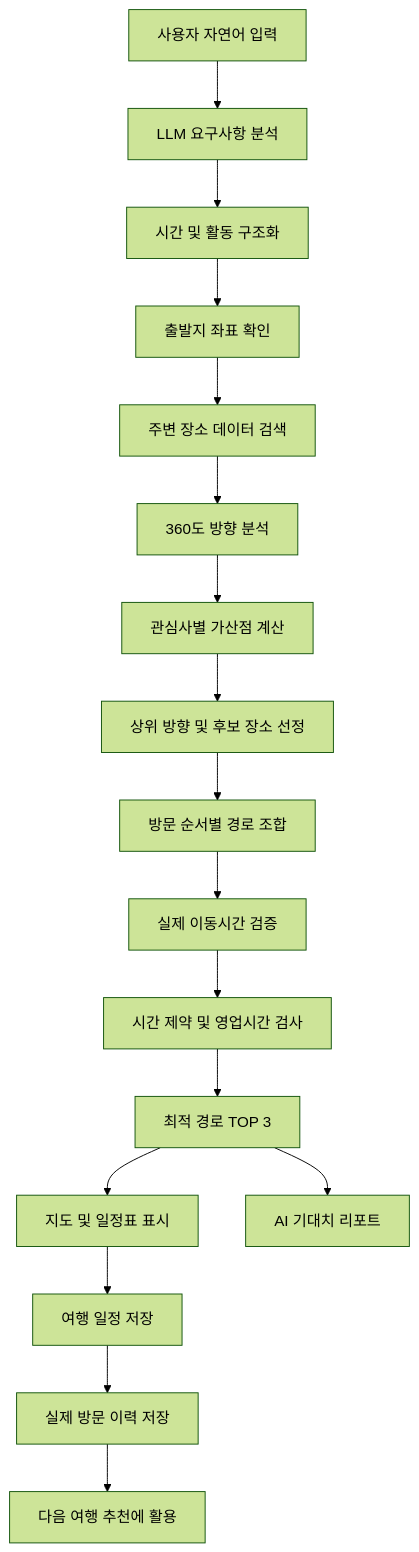
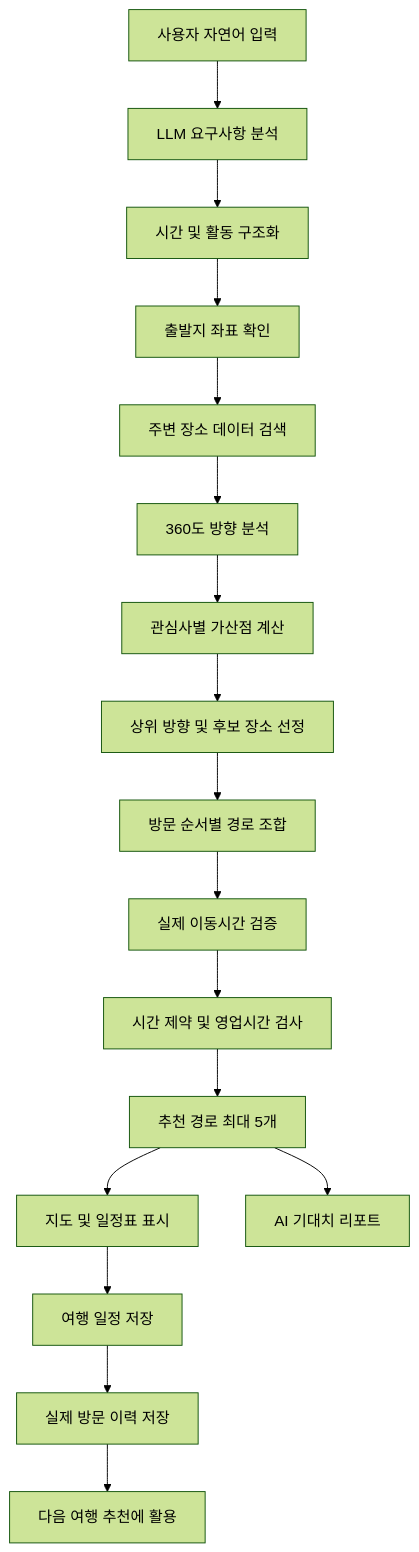
The diagram in AGENTS.md (ilomus76/Seoul_Compass_AI_2026), drawn with Mermaid (forest theme) before and after one commit. The commit also changed other lines of this file and 39 other files, not shown here.

````diff
--- a/AGENTS.md
+++ b/AGENTS.md
@@ -271,19 +278,19 @@
 ```mermaid
 flowchart TD
     A[사용자 자연어 입력] --> B[LLM 요구사항 분석]
     B --> C[시간 및 활동 구조화]
     C --> D[출발지 좌표 확인]
     D --> E[주변 장소 데이터 검색]
     E --> F[360도 방향 분석]
     F --> G[관심사별 가산점 계산]
     G --> H[상위 방향 및 후보 장소 선정]
     H --> I[방문 순서별 경로 조합]
     I --> J[실제 이동시간 검증]
     J --> K[시간 제약 및 영업시간 검사]
-    K --> L[최적 경로 TOP 3]
+    K --> L[추천 경로 최대 5개]
     L --> M[지도 및 일정표 표시]
     L --> N[AI 기대치 리포트]
     M --> O[여행 일정 저장]
     O --> P[실제 방문 이력 저장]
     P --> Q[다음 여행 추천에 활용]
 ```
````
